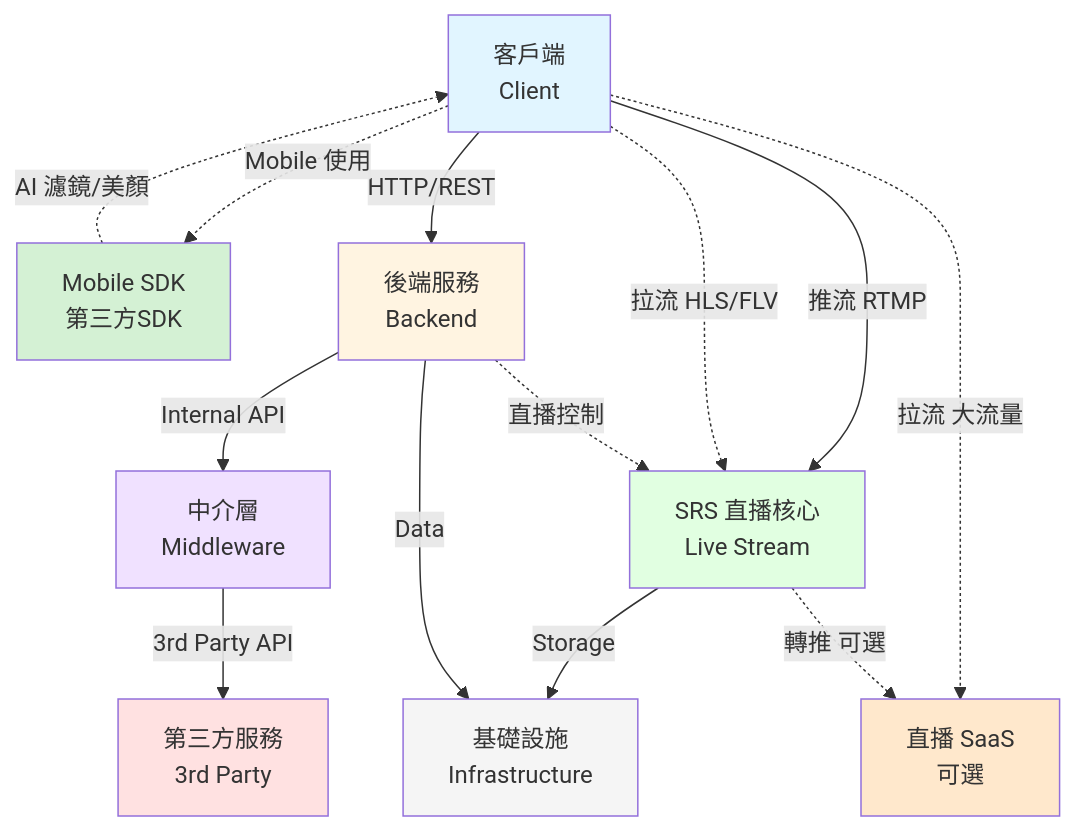
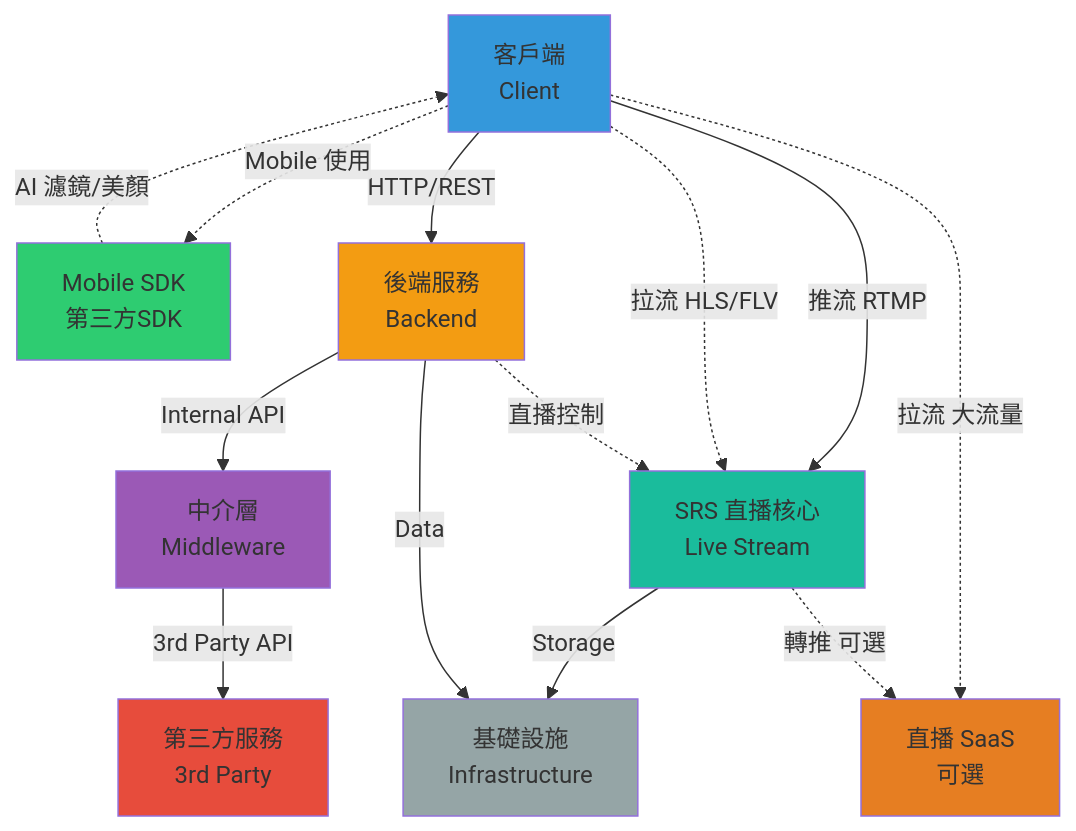
Before and after one commit to mike504110403/liveKit-demo: the first of 6 diagrams in ARCHITECTURE.md, drawn with Mermaid. The commit also changed other lines of this file and 1 other file, not shown here.

````diff
--- a/ARCHITECTURE.md
+++ b/ARCHITECTURE.md
@@ -7,33 +7,33 @@
 ```mermaid
 graph TB
     Client[客戶端<br/>Client]
     SDK[Mobile SDK<br/>第三方SDK]
     Backend[後端服務<br/>Backend]
     Middleware[中介層<br/>Middleware]
     ThirdParty[第三方服務<br/>3rd Party]
     SRS[SRS 直播核心<br/>Live Stream]
     SaaS[直播 SaaS<br/>可選]
     Infra[基礎設施<br/>Infrastructure]
     
     Client -->|HTTP/REST| Backend
     Client -.->|Mobile 使用| SDK
     SDK -.->|AI 濾鏡/美顏| Client
     Client -->|推流 RTMP| SRS
     Client -.->|拉流 HLS/FLV| SRS
     Client -.->|拉流 大流量| SaaS
     Backend -->|Internal API| Middleware
     Middleware -->|3rd Party API| ThirdParty
     Backend -.->|直播控制| SRS
     SRS -.->|轉推 可選| SaaS
     SRS -->|Storage| Infra
     Backend -->|Data| Infra
     
-    style Client fill:#e1f5ff
-    style SDK fill:#d4f1d4
-    style Backend fill:#fff4e1
-    style Middleware fill:#f0e1ff
-    style ThirdParty fill:#ffe1e1
-    style SRS fill:#e1ffe1
-    style SaaS fill:#ffe8cc
-    style Infra fill:#f5f5f5
+    style Client fill:#3498DB
+    style SDK fill:#2ECC71
+    style Backend fill:#F39C12
+    style Middleware fill:#9B59B6
+    style ThirdParty fill:#E74C3C
+    style SRS fill:#1ABC9C
+    style SaaS fill:#E67E22
+    style Infra fill:#95A5A6
 ```
````
